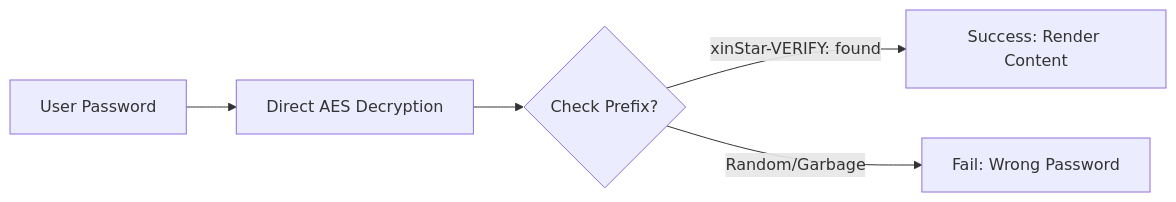
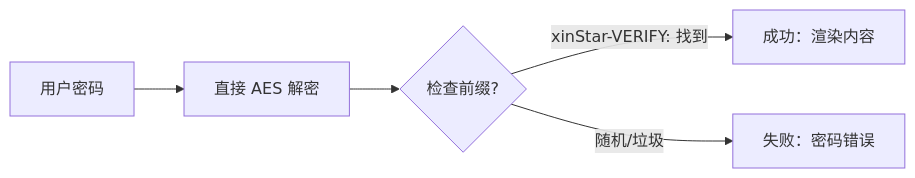
Before and after one commit to xinvxueyuan/xinvxueyuan.github.io: the diagram in src/content/posts/encrypted-post.md, drawn with Mermaid. The commit also changed other lines of this file and 4 other files, not shown here.

````diff
--- a/src/content/posts/encrypted-post.md
+++ b/src/content/posts/encrypted-post.md
@@ -96,7 +96,7 @@
 ```mermaid
 graph LR
-    A[User Password] --> B[Direct AES Decryption]
-    B --> C{Check Prefix?}
-    C -- "xinStar-VERIFY:" found --> D[Success: Render Content]
-    C -- Random/Garbage --> E[Fail: Wrong Password]
+    A[用户密码] --> B[直接 AES 解密]
+    B --> C{检查前缀?}
+    C -- "xinStar-VERIFY:" 找到 --> D[成功：渲染内容]
+    C -- 随机/垃圾 --> E[失败：密码错误]
 ```
````
